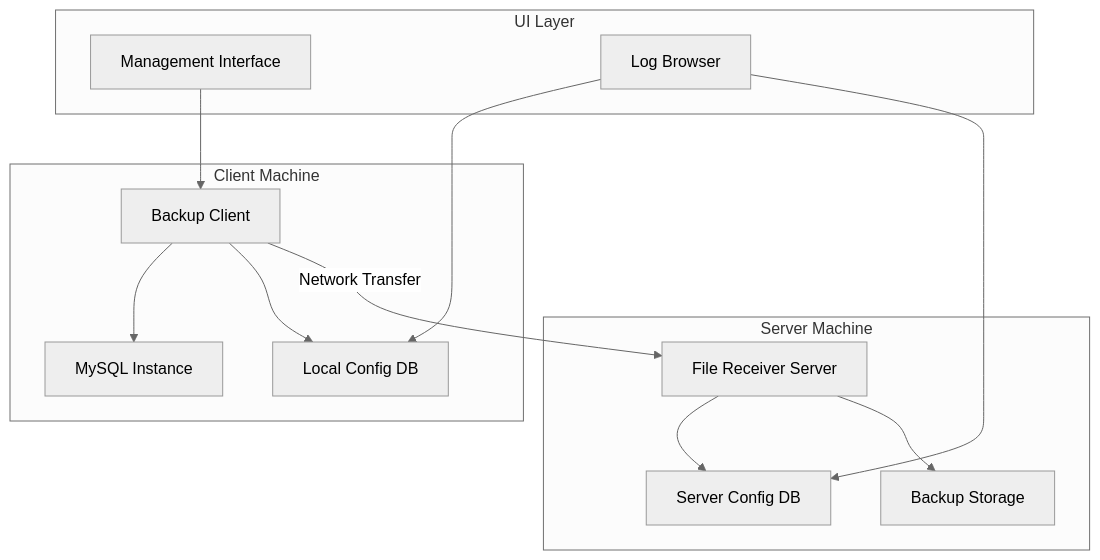
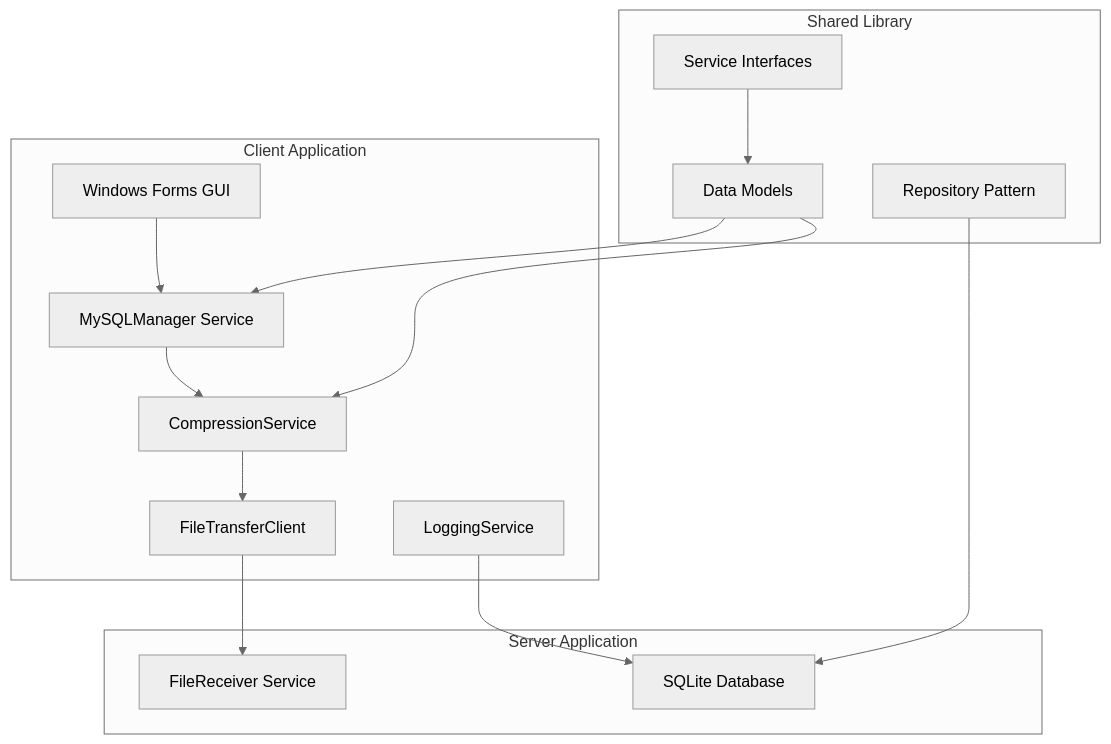
One commit to LTA319/BackupTool changed the first of 2 diagrams in .kiro/specs/mysql-backup-tool/design.md. Above: the diagram before and after it, drawn with Mermaid (neutral theme). The commit also changed other lines of this file and 5 other files, not shown here.

````diff
--- a/.kiro/specs/mysql-backup-tool/design.md
+++ b/.kiro/specs/mysql-backup-tool/design.md
@@ -15,28 +15,32 @@
 ```mermaid
 graph TB
-    subgraph "Client Machine"
-        BC[Backup Client]
-        MySQL[MySQL Instance]
-        LCD[Local Config DB]
-        BC --> MySQL
-        BC --> LCD
+    subgraph "Client Application"
+        GUI[Windows Forms GUI]
+        MySQLMgr[MySQLManager Service]
+        CompSvc[CompressionService]
+        TransferClient[FileTransferClient]
+        LogSvc[LoggingService]
     end
     
-    subgraph "Server Machine"
-        FRS[File Receiver Server]
-        SCD[Server Config DB]
-        BS[Backup Storage]
-        FRS --> SCD
-        FRS --> BS
+    subgraph "Server Application"
+        FileReceiver[FileReceiver Service]
+        ServerDB[SQLite Database]
     end
     
-    BC -->|Network Transfer| FRS
+    subgraph "Shared Library"
+        Models[Data Models]
+        Interfaces[Service Interfaces]
+        Repos[Repository Pattern]
+    end
     
-    subgraph "UI Layer"
-        GUI[Management Interface]
-        LOG[Log Browser]
-        GUI --> BC
-        LOG --> LCD
-        LOG --> SCD
-    end
+    GUI --> MySQLMgr
+    MySQLMgr --> CompSvc
+    CompSvc --> TransferClient
+    TransferClient --> FileReceiver
+    LogSvc --> ServerDB
+    
+    Models --> MySQLMgr
+    Models --> CompSvc
+    Interfaces --> Models
+    Repos --> ServerDB
 ```
````
